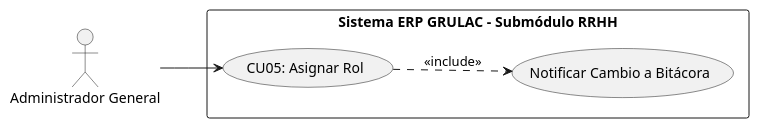
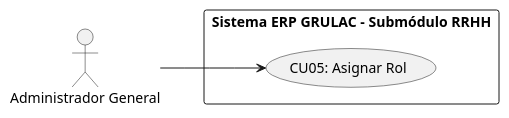
One commit to INGvainilla/grulacOFICIAL changed the tenth of 42 diagrams in PROYECTO-MAIN/oficial/OFICIAL.md. Above: the diagram before and after it, drawn with PlantUML. The commit also changed other lines of this file and 17 other files, not shown here.

````diff
--- a/PROYECTO-MAIN/oficial/OFICIAL.md
+++ b/PROYECTO-MAIN/oficial/OFICIAL.md
@@ -1887,12 +1896,10 @@
 ```plantuml
 @startuml
 left to right direction
 actor "Administrador General" as Admin
 rectangle "Sistema ERP GRULAC - Submódulo RRHH" {
   usecase "CU05: Asignar Rol" as CU05
-  usecase "Notificar Cambio a Bitácora" as Bitacora
 }
 Admin --> CU05
-CU05 ..> Bitacora : <<include>>
 @enduml
 ```
````
